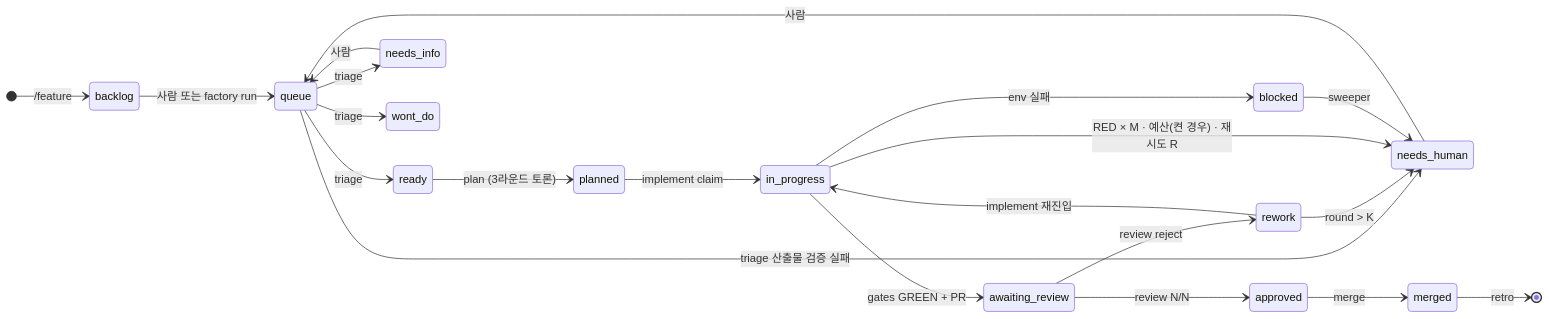
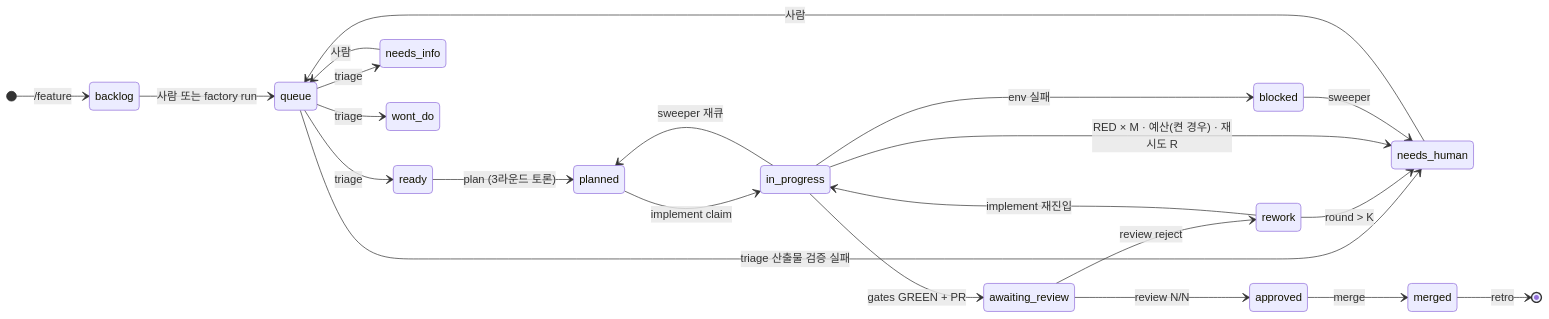
One commit to LeeHyeonKyu/know_thy_build changed the diagram in docs/superpowers/specs/2026-09-10-factory-design.md. Above: the diagram before and after it, drawn with Mermaid. The commit also changed other lines of this file and 1 other file, not shown here.

First line of the commit message:
docs(spec): gates layer — file-based verdicts, harness keys, sweeper edge, quarantine schema, execution rulings (plan 1b)

````diff
--- a/docs/superpowers/specs/2026-09-10-factory-design.md
+++ b/docs/superpowers/specs/2026-09-10-factory-design.md
@@ -98,24 +98,25 @@
 ```mermaid
 stateDiagram-v2
   direction LR
   [*] --> backlog: /feature
   backlog --> queue: 사람 또는 factory run
   queue --> ready: triage
   queue --> needs_info: triage
   queue --> wont_do: triage
   queue --> needs_human: triage 산출물 검증 실패
   needs_info --> queue: 사람
   ready --> planned: plan (3라운드 토론)
   planned --> in_progress: implement claim
   in_progress --> awaiting_review: gates GREEN + PR
   in_progress --> blocked: env 실패
+  in_progress --> planned: sweeper 재큐
   awaiting_review --> approved: review N/N
   awaiting_review --> rework: review reject
   rework --> in_progress: implement 재진입
   approved --> merged: merge
   merged --> [*]: retro
   rework --> needs_human: round > K
   in_progress --> needs_human: RED × M · 예산(켠 경우) · 재시도 R
   blocked --> needs_human: sweeper
   needs_human --> queue: 사람
 ```
````
